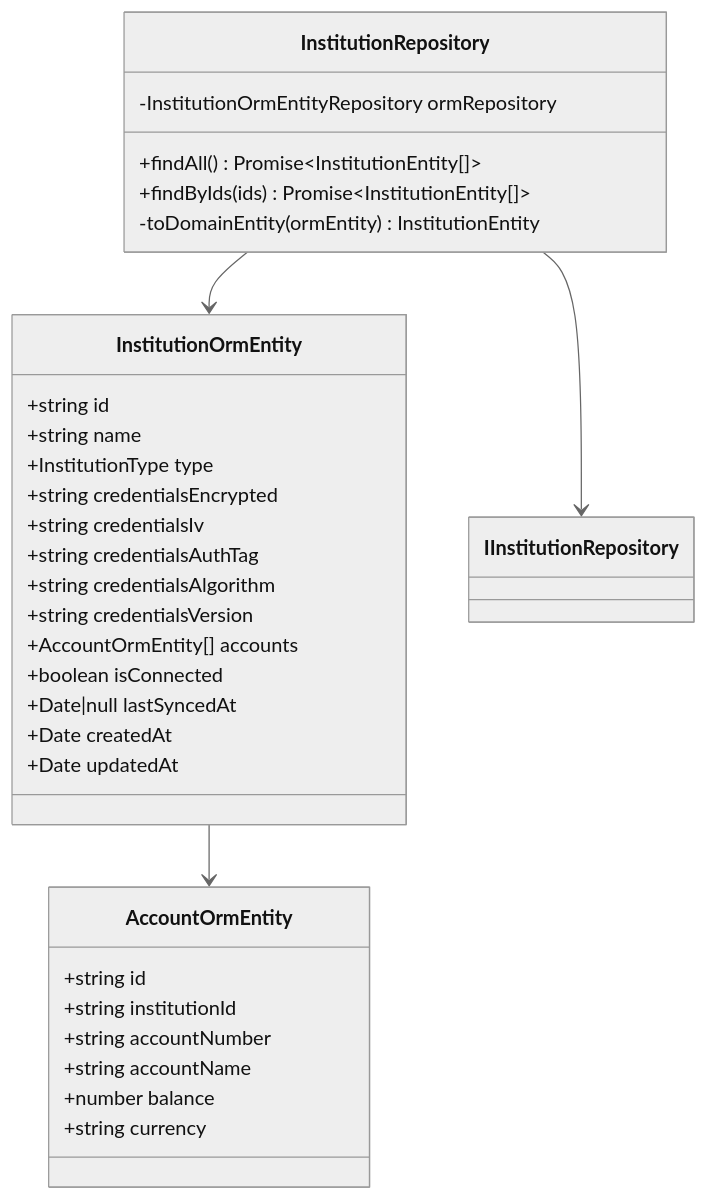
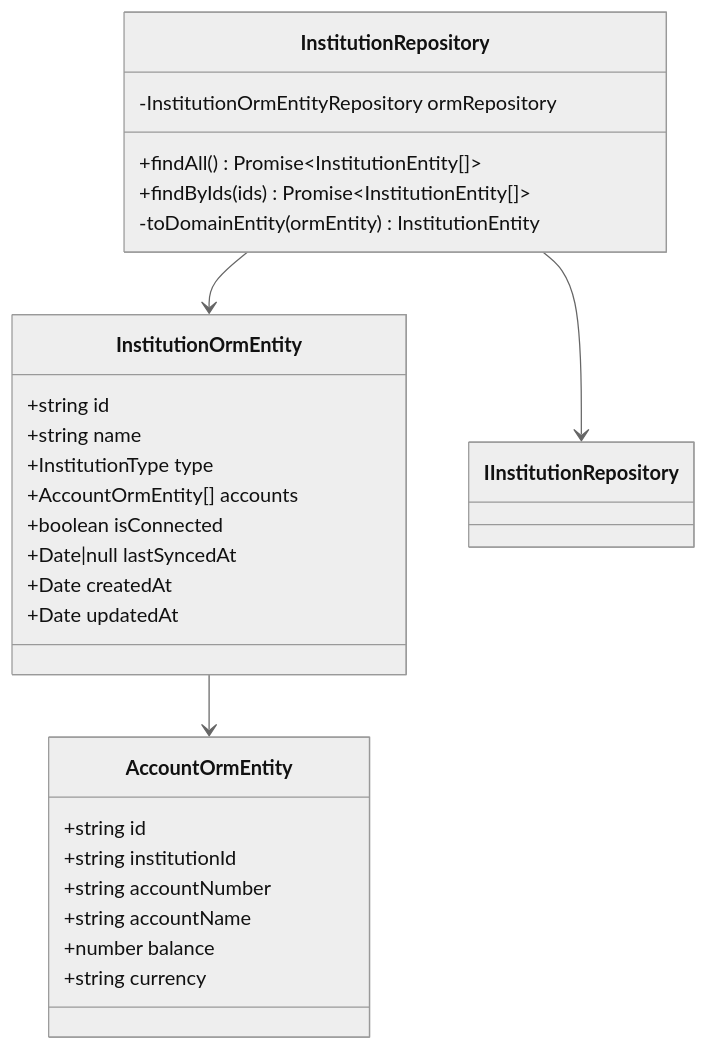
One commit to kencom2400/account-book changed the third of 5 diagrams in docs/detailed-design/FR-026_institution-asset-balance/class-diagrams.md. Above: the diagram before and after it, drawn with Mermaid (neutral theme). The commit also changed other lines of this file and 7 other files, not shown here.

````diff
--- a/docs/detailed-design/FR-026_institution-asset-balance/class-diagrams.md
+++ b/docs/detailed-design/FR-026_institution-asset-balance/class-diagrams.md
@@ -162,38 +151,33 @@
 ```mermaid
 classDiagram
     class InstitutionRepository {
         -InstitutionOrmEntityRepository ormRepository
         +findAll() Promise~InstitutionEntity[]~
         +findByIds(ids) Promise~InstitutionEntity[]~
         -toDomainEntity(ormEntity) InstitutionEntity
     }
 
     class InstitutionOrmEntity {
         +string id
         +string name
         +InstitutionType type
-        +string credentialsEncrypted
-        +string credentialsIv
-        +string credentialsAuthTag
-        +string credentialsAlgorithm
-        +string credentialsVersion
         +AccountOrmEntity[] accounts
         +boolean isConnected
         +Date|null lastSyncedAt
         +Date createdAt
         +Date updatedAt
     }
 
     class AccountOrmEntity {
         +string id
         +string institutionId
         +string accountNumber
         +string accountName
         +number balance
         +string currency
     }
 
     InstitutionRepository --> IInstitutionRepository
     InstitutionRepository --> InstitutionOrmEntity
     InstitutionOrmEntity --> AccountOrmEntity
 ```
````
